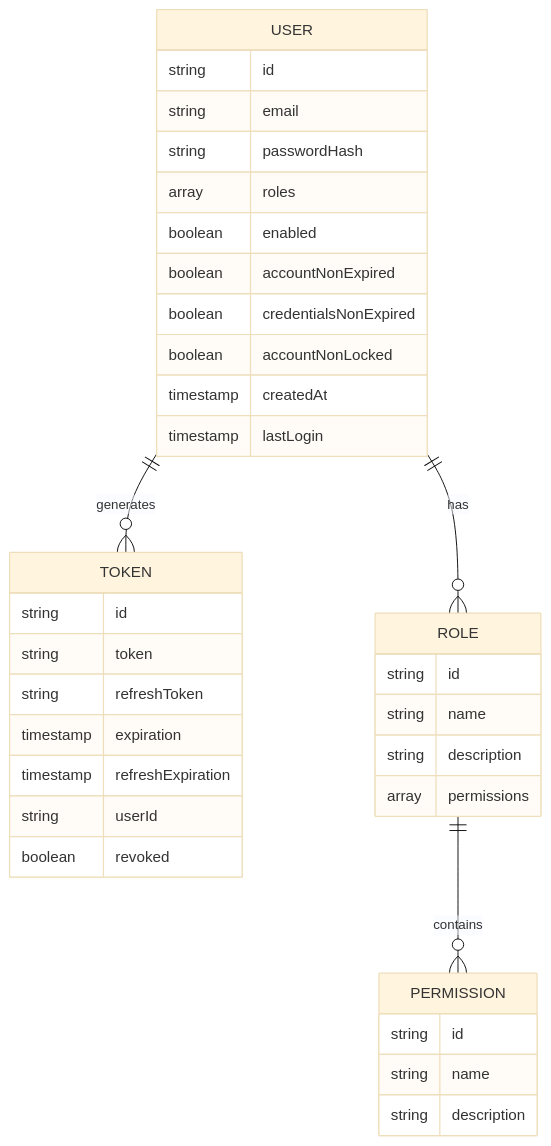
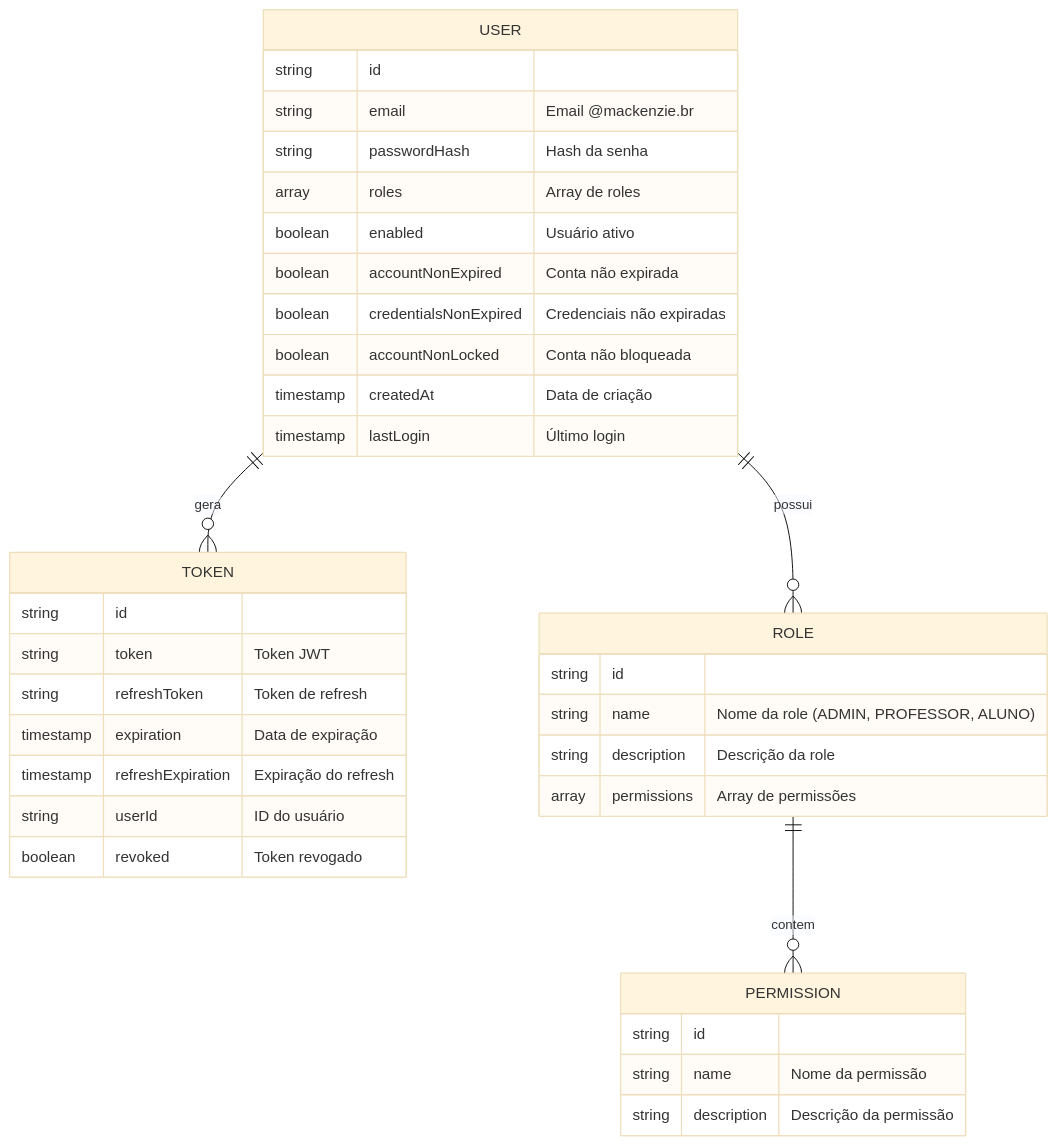
Before and after one commit to ImGabreuw/learning-management-system: diagram 17 of 25 in README.md, drawn with Mermaid (base theme). The commit also changed other lines of this file, not shown here.

````diff
--- a/README.md
+++ b/README.md
@@ -588,42 +871,42 @@
 ```mermaid
 erDiagram
-    USER ||--o{ TOKEN : generates
-    USER ||--o{ ROLE : has
-    ROLE ||--o{ PERMISSION : contains
+    USER ||--o{ TOKEN : gera
+    USER ||--o{ ROLE : possui
+    ROLE ||--o{ PERMISSION : contem
 
     USER {
         string id
-        string email
-        string passwordHash
-        array roles
-        boolean enabled
-        boolean accountNonExpired
-        boolean credentialsNonExpired
-        boolean accountNonLocked
-        timestamp createdAt
-        timestamp lastLogin
+        string email "Email @mackenzie.br"
+        string passwordHash "Hash da senha"
+        array roles "Array de roles"
+        boolean enabled "Usuário ativo"
+        boolean accountNonExpired "Conta não expirada"
+        boolean credentialsNonExpired "Credenciais não expiradas"
+        boolean accountNonLocked "Conta não bloqueada"
+        timestamp createdAt "Data de criação"
+        timestamp lastLogin "Último login"
     }
 
     TOKEN {
         string id
-        string token
-        string refreshToken
-        timestamp expiration
-        timestamp refreshExpiration
-        string userId
-        boolean revoked
+        string token "Token JWT"
+        string refreshToken "Token de refresh"
+        timestamp expiration "Data de expiração"
+        timestamp refreshExpiration "Expiração do refresh"
+        string userId "ID do usuário"
+        boolean revoked "Token revogado"
     }
 
     ROLE {
         string id
-        string name
-        string description
-        array permissions
+        string name "Nome da role (ADMIN, PROFESSOR, ALUNO)"
+        string description "Descrição da role"
+        array permissions "Array de permissões"
     }
 
     PERMISSION {
         string id
-        string name
-        string description
+        string name "Nome da permissão"
+        string description "Descrição da permissão"
     }
 ```
````
